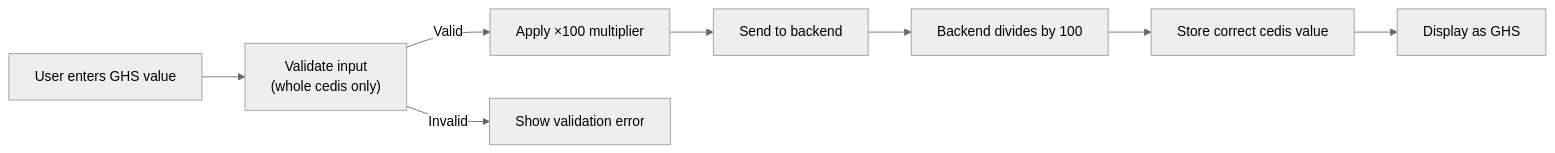
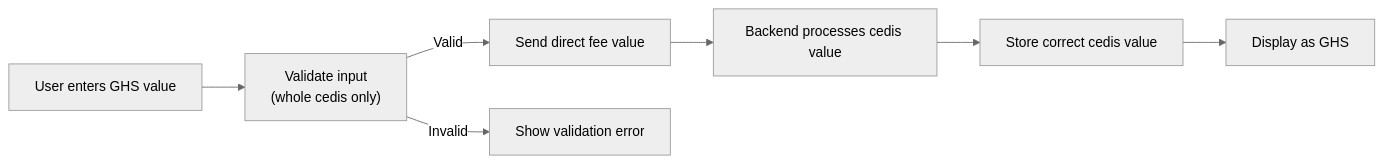
Before and after one commit to Lazynerd-Studios/lacarte-atlas-console: the sixth of 7 diagrams in .qoder/repowiki/en/content/Business Modules/Emergency Fee Management.md, drawn with Mermaid (neutral theme). The commit also changed other lines of this file and 32 other files, not shown here.

````diff
--- a/.qoder/repowiki/en/content/Business Modules/Emergency Fee Management.md
+++ b/.qoder/repowiki/en/content/Business Modules/Emergency Fee Management.md
@@ -263,10 +260,9 @@
 ```mermaid
 flowchart LR
 UserInput["User enters GHS value"] --> Validate["Validate input<br/>(whole cedis only)"]
-Validate --> |Valid| Multiply["Apply ×100 multiplier"]
+Validate --> |Valid| SendToBackend["Send direct fee value"]
 Validate --> |Invalid| ShowError["Show validation error"]
-Multiply --> SendToBackend["Send to backend"]
-SendToBackend --> BackendProcess["Backend divides by 100"]
+SendToBackend --> BackendProcess["Backend processes cedis value"]
 BackendProcess --> StoreValue["Store correct cedis value"]
 StoreValue --> Display["Display as GHS"]
 ```
````
